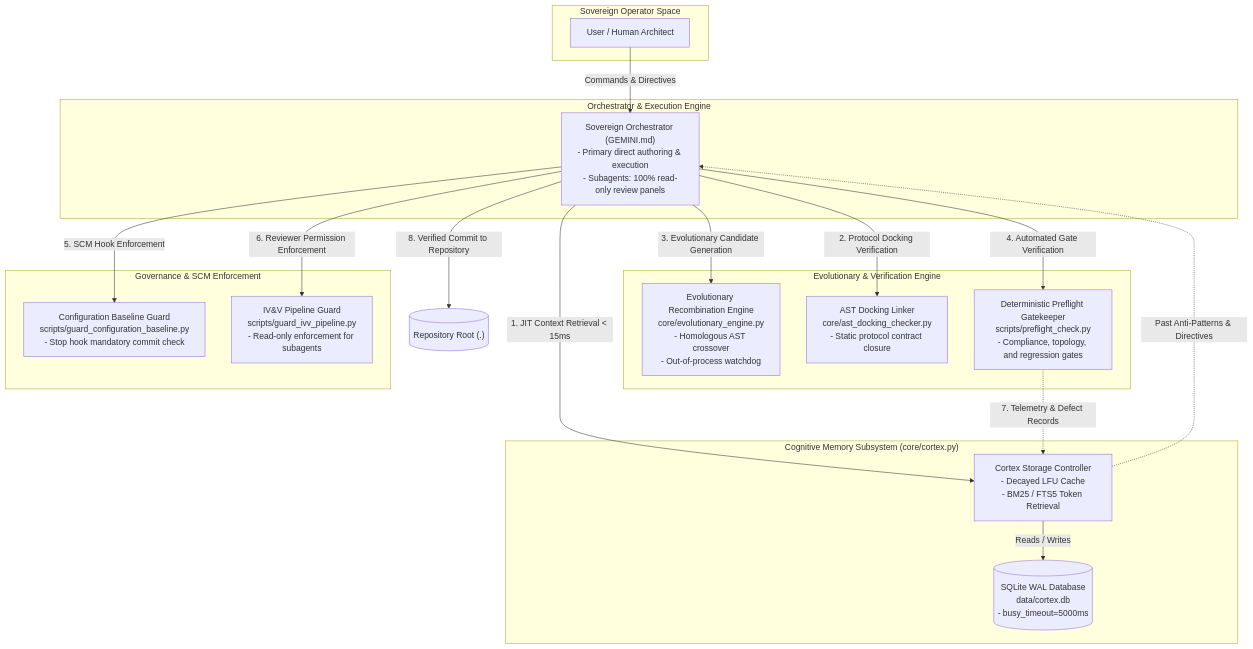
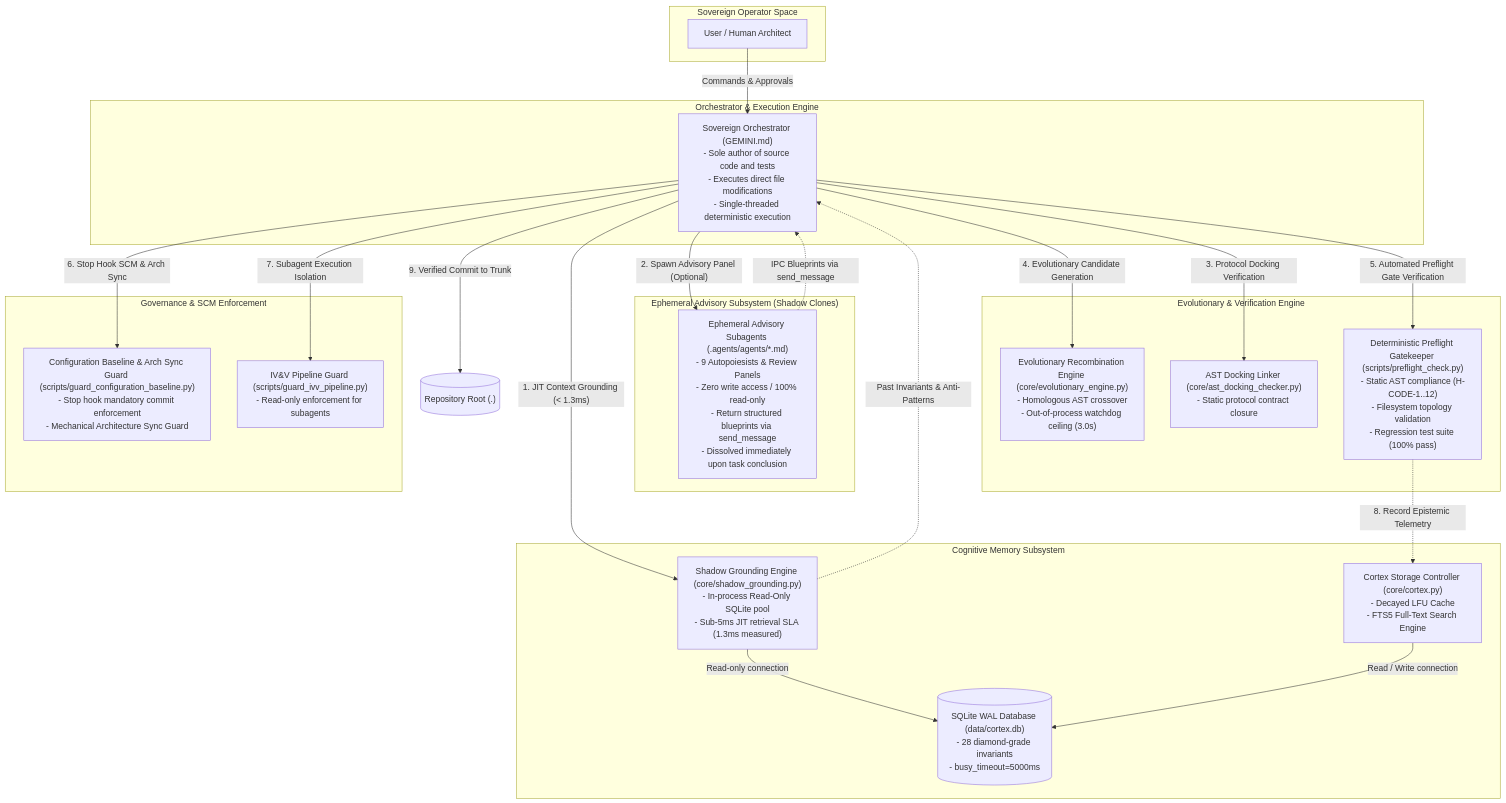
Before and after one commit to jinseobhong/antigravity-autopoiesis: the first of 2 diagrams in docs/active/ARCHITECTURE.md, drawn with Mermaid. The commit also changed other lines of this file and 3 other files, not shown here.

Commit message:
feat(arch): publish living architecture v4.0 and stop hook architecture sync guard (TASK-035)

````diff
--- a/docs/active/ARCHITECTURE.md
+++ b/docs/active/ARCHITECTURE.md
@@ -30,55 +31,68 @@
 ```mermaid
 graph TD
     subgraph UserSpace["Sovereign Operator Space"]
         User["User / Human Architect"]
     end
 
     subgraph OrchestratorEngine["Orchestrator & Execution Engine"]
         DirectMode["Sovereign Orchestrator (GEMINI.md)
-- Primary direct authoring & execution
-- Subagents: 100% read-only review panels"]
+- Sole author of source code and tests
+- Executes direct file modifications
+- Single-threaded deterministic execution"]
     end
 
-    subgraph MemorySubsystem["Cognitive Memory Subsystem (core/cortex.py)"]
-        Cortex["Cortex Storage Controller
+    subgraph MemorySubsystem["Cognitive Memory Subsystem"]
+        ShadowGrounding["Shadow Grounding Engine (core/shadow_grounding.py)
+- In-process Read-Only SQLite pool
+- Sub-5ms JIT retrieval SLA (1.3ms measured)"]
+        Cortex["Cortex Storage Controller (core/cortex.py)
 - Decayed LFU Cache
-- BM25 / FTS5 Token Retrieval"]
-        CortexDB[("SQLite WAL Database
-data/cortex.db
+- FTS5 Full-Text Search Engine"]
+        CortexDB[("SQLite WAL Database (data/cortex.db)
+- 28 diamond-grade invariants
 - busy_timeout=5000ms")]
-        Cortex -->|Reads / Writes| CortexDB
+        ShadowGrounding -->|"Read-only connection"| CortexDB
+        Cortex -->|"Read / Write connection"| CortexDB
+    end
+
+    subgraph AdvisorySubsystem["Ephemeral Advisory Subsystem (Shadow Clones)"]
+        ShadowClones["Ephemeral Advisory Subagents (.agents/agents/*.md)
+- 9 Autopoiesists & Review Panels
+- Zero write access / 100% read-only
+- Return structured blueprints via send_message
+- Dissolved immediately upon task conclusion"]
     end
 
     subgraph EvolutionSubsystem["Evolutionary & Verification Engine"]
-        EvoEngine["Evolutionary Recombination Engine
-core/evolutionary_engine.py
+        EvoEngine["Evolutionary Recombination Engine (core/evolutionary_engine.py)
 - Homologous AST crossover
-- Out-of-process watchdog"]
-        ASTCheck["AST Docking Linker
-core/ast_docking_checker.py
+- Out-of-process watchdog ceiling (3.0s)"]
+        ASTCheck["AST Docking Linker (core/ast_docking_checker.py)
 - Static protocol contract closure"]
-        Preflight["Deterministic Preflight Gatekeeper
-scripts/preflight_check.py
-- Compliance, topology, and regression gates"]
+        Preflight["Deterministic Preflight Gatekeeper (scripts/preflight_check.py)
+- Static AST compliance (H-CODE-1..12)
+- Filesystem topology validation
+- Regression test suite (100% pass)"]
     end
 
     subgraph GovernanceSubsystem["Governance & SCM Enforcement"]
-        BaselineGuard["Configuration Baseline Guard
-scripts/guard_configuration_baseline.py
-- Stop hook mandatory commit check"]
-        IVVGuard["IV&V Pipeline Guard
-scripts/guard_ivv_pipeline.py
+        BaselineGuard["Configuration Baseline & Arch Sync Guard (scripts/guard_configuration_baseline.py)
+- Stop hook mandatory commit enforcement
+- Mechanical Architecture Sync Guard"]
+        IVVGuard["IV&V Pipeline Guard (scripts/guard_ivv_pipeline.py)
 - Read-only enforcement for subagents"]
     end
 
-    User -->|Commands & Directives| DirectMode
-    DirectMode -->|1. JIT Context Retrieval < 15ms| Cortex
-    Cortex -.->|Past Anti-Patterns & Directives| DirectMode
-    DirectMode -->|2. Protocol Docking Verification| ASTCheck
-    DirectMode -->|3. Evolutionary Candidate Generation| EvoEngine
-    DirectMode -->|4. Automated Gate Verification| Preflight
-    DirectMode -->|5. SCM Hook Enforcement| BaselineGuard
-    DirectMode -->|6. Reviewer Permission Enforcement| IVVGuard
-    Preflight -.->|7. Telemetry & Defect Records| Cortex
-    DirectMode -->|8. Verified Commit to Repository| ProductionRoot[("Repository Root (.)")]
+    User -->|"Commands & Approvals"| DirectMode
+    DirectMode -->|"1. JIT Context Grounding (< 1.3ms)"| ShadowGrounding
+    ShadowGrounding -.->|"Past Invariants & Anti-Patterns"| DirectMode
+    DirectMode -->|"2. Spawn Advisory Panel (Optional)"| ShadowClones
+    ShadowClones -.->|"IPC Blueprints via send_message"| DirectMode
+    DirectMode -->|"3. Protocol Docking Verification"| ASTCheck
+    DirectMode -->|"4. Evolutionary Candidate Generation"| EvoEngine
+    DirectMode -->|"5. Automated Preflight Gate Verification"| Preflight
+    DirectMode -->|"6. Stop Hook SCM & Arch Sync"| BaselineGuard
+    DirectMode -->|"7. Subagent Execution Isolation"| IVVGuard
+    Preflight -.->|"8. Record Epistemic Telemetry"| Cortex
+    DirectMode -->|"9. Verified Commit to Trunk"| ProductionRoot[("Repository Root (.)")]
 ```
````
